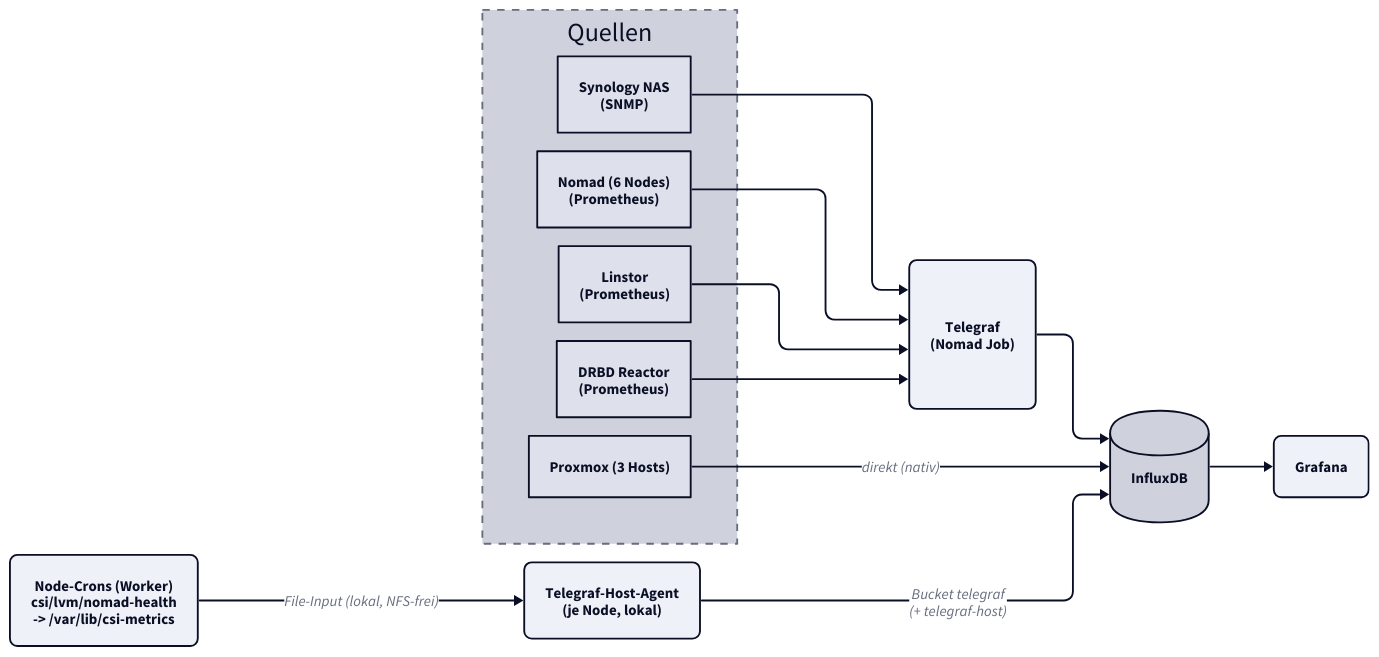
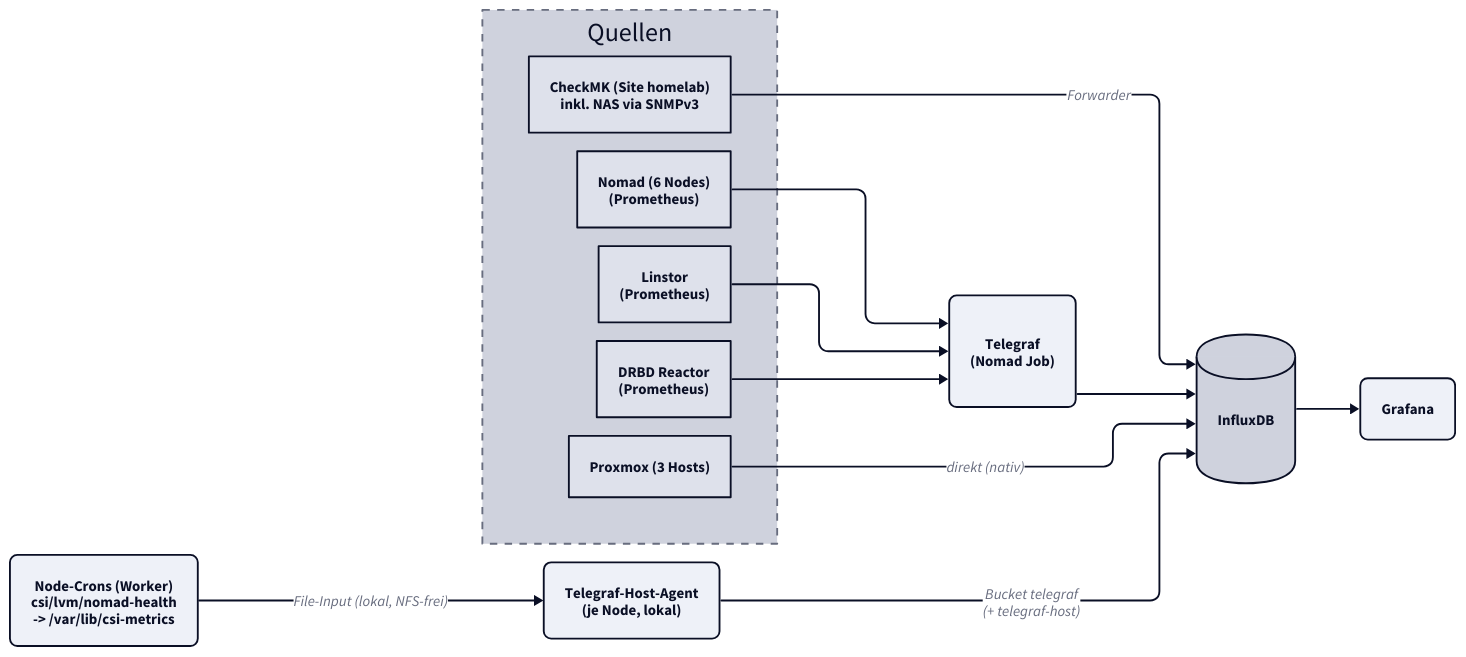
Before and after one commit to derever-labs/homelab-wiki: the diagram in docs/monitoring/influxdb.md, drawn with D2. The commit also changed other lines of this file and 4 other files, not shown here.

First line of the commit message:
fix(monitoring): Keep-Routing, InfluxDB, Discovery, Synology (#63)

````diff
--- a/docs/monitoring/influxdb.md
+++ b/docs/monitoring/influxdb.md
@@ -27,36 +27,36 @@
 ```d2
 vars: {
   d2-config: {
     theme-id: 1
     layout-engine: elk
   }
 }
 
 direction: right
 
 Sources: Quellen {
   style.stroke-dash: 4
-  NAS: "Synology NAS\n(SNMP)"
+  CheckMK: "CheckMK (Site homelab)\ninkl. NAS via SNMPv3"
   Nomad: "Nomad (6 Nodes)\n(Prometheus)"
   Linstor: "Linstor\n(Prometheus)"
   DRBD: "DRBD Reactor\n(Prometheus)"
   Proxmox: "Proxmox (3 Hosts)"
 }
 
 NodeCron: "Node-Crons (Worker)\ncsi/lvm/nomad-health\n-> /var/lib/csi-metrics" { style.border-radius: 8 }
 TELHOST: "Telegraf-Host-Agent\n(je Node, lokal)" { style.border-radius: 8 }
 TEL: "Telegraf\n(Nomad Job)" { style.border-radius: 8 }
 INFLUX: "InfluxDB" { shape: cylinder }
 GRAF: Grafana { style.border-radius: 8 }
 
-Sources.NAS -> TEL
 Sources.Nomad -> TEL
 Sources.Linstor -> TEL
 Sources.DRBD -> TEL
+Sources.CheckMK -> INFLUX: Forwarder
 Sources.Proxmox -> INFLUX: direkt (nativ)
 
 NodeCron -> TELHOST: File-Input (lokal, NFS-frei)
 TELHOST -> INFLUX: "Bucket telegraf\n(+ telegraf-host)"
 TEL -> INFLUX
 INFLUX -> GRAF
 ```
````
